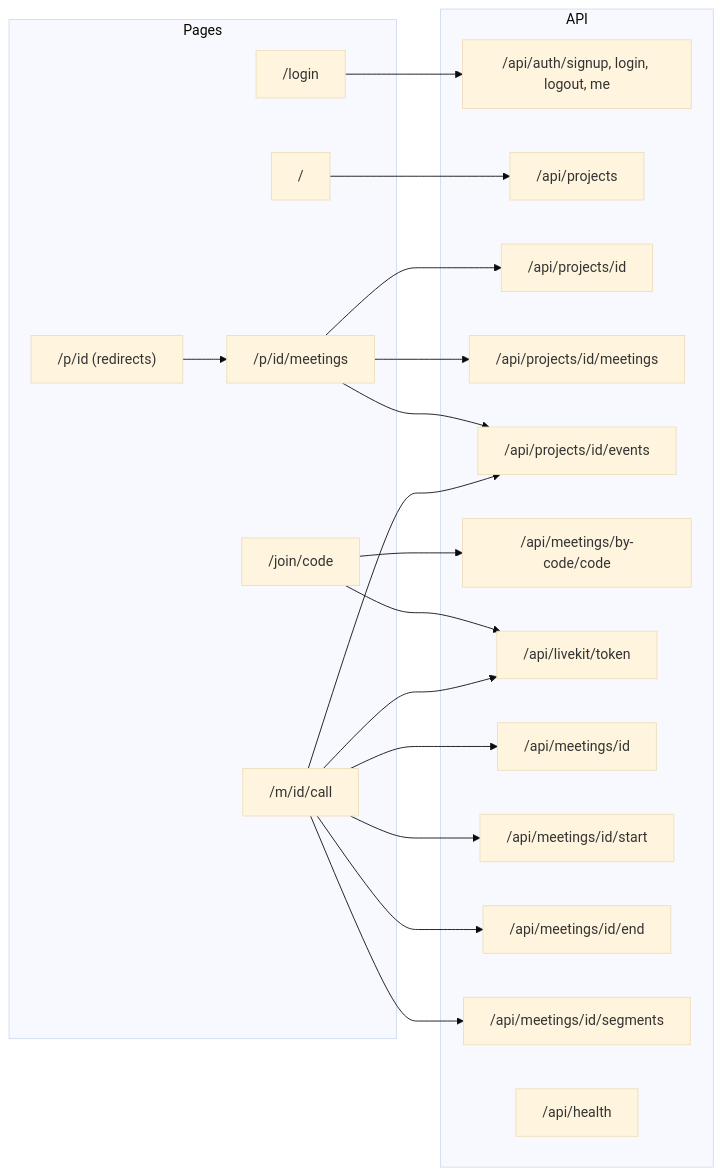
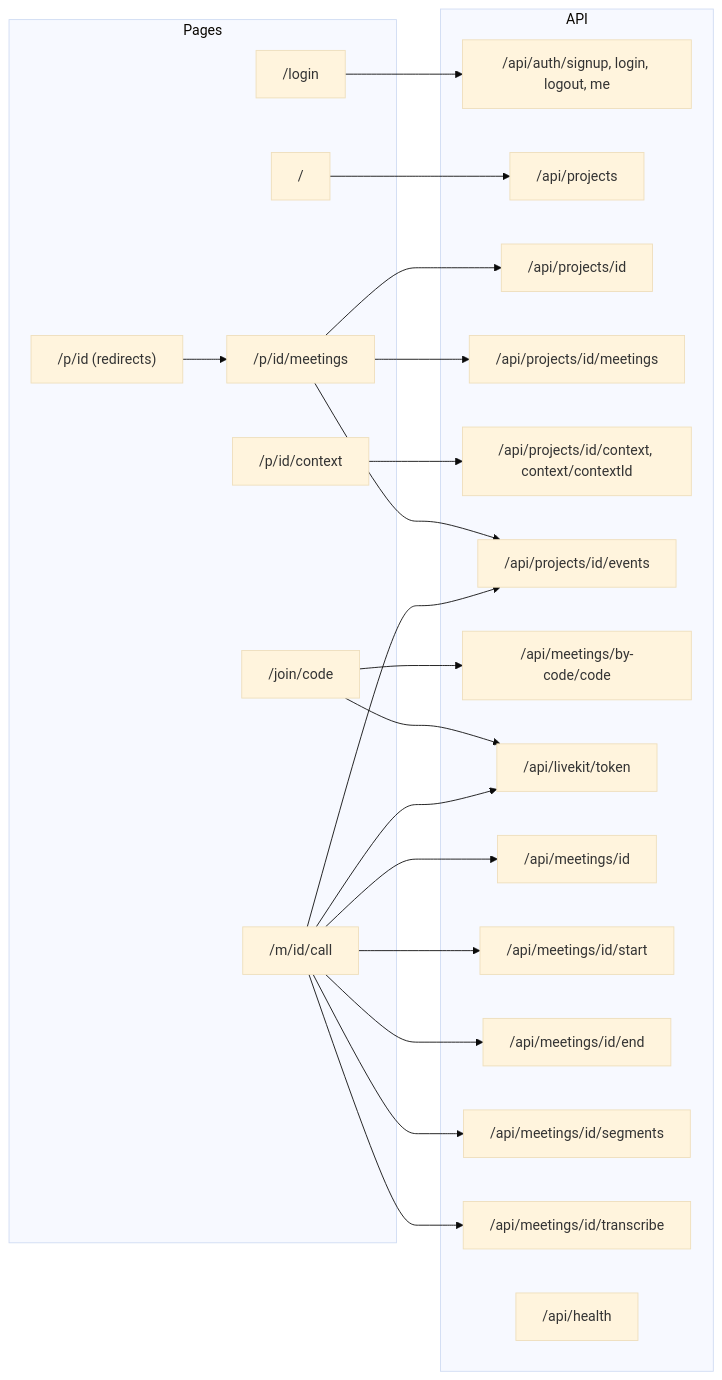
One commit to Anilkumark17/validate changed the fourth of 7 diagrams in docs/architecture-diagram.md. Above: the diagram before and after it, drawn with Mermaid (base theme). The commit also changed other lines of this file and 155 other files, not shown here.

````diff
--- a/docs/architecture-diagram.md
+++ b/docs/architecture-diagram.md
@@ -117,41 +136,46 @@
 ```mermaid
 flowchart LR
     subgraph Pages
         P1["/"]
         P2["/login"]
         P3["/join/code"]
         P4["/p/id (redirects)"]
         P5["/p/id/meetings"]
+        P5b["/p/id/context"]
         P6["/m/id/call"]
     end
 
     subgraph API
         A1["/api/auth/signup, login, logout, me"]
         A2["/api/projects"]
         A3["/api/projects/id"]
         A4["/api/projects/id/meetings"]
+        A4b["/api/projects/id/context, context/contextId"]
         A5["/api/projects/id/events"]
         A6["/api/meetings/by-code/code"]
         A7["/api/livekit/token"]
         A8["/api/meetings/id"]
         A9["/api/meetings/id/start"]
         A10["/api/meetings/id/end"]
         A11["/api/meetings/id/segments"]
+        A11b["/api/meetings/id/transcribe"]
         A12["/api/health"]
     end
 
     P1 --> A2
     P2 --> A1
     P3 --> A6
     P3 --> A7
     P4 --> P5
     P5 --> A3
     P5 --> A4
     P5 --> A5
+    P5b --> A4b
     P6 --> A8
     P6 --> A7
     P6 --> A9
     P6 --> A10
     P6 --> A11
+    P6 --> A11b
     P6 --> A5
 ```
````
